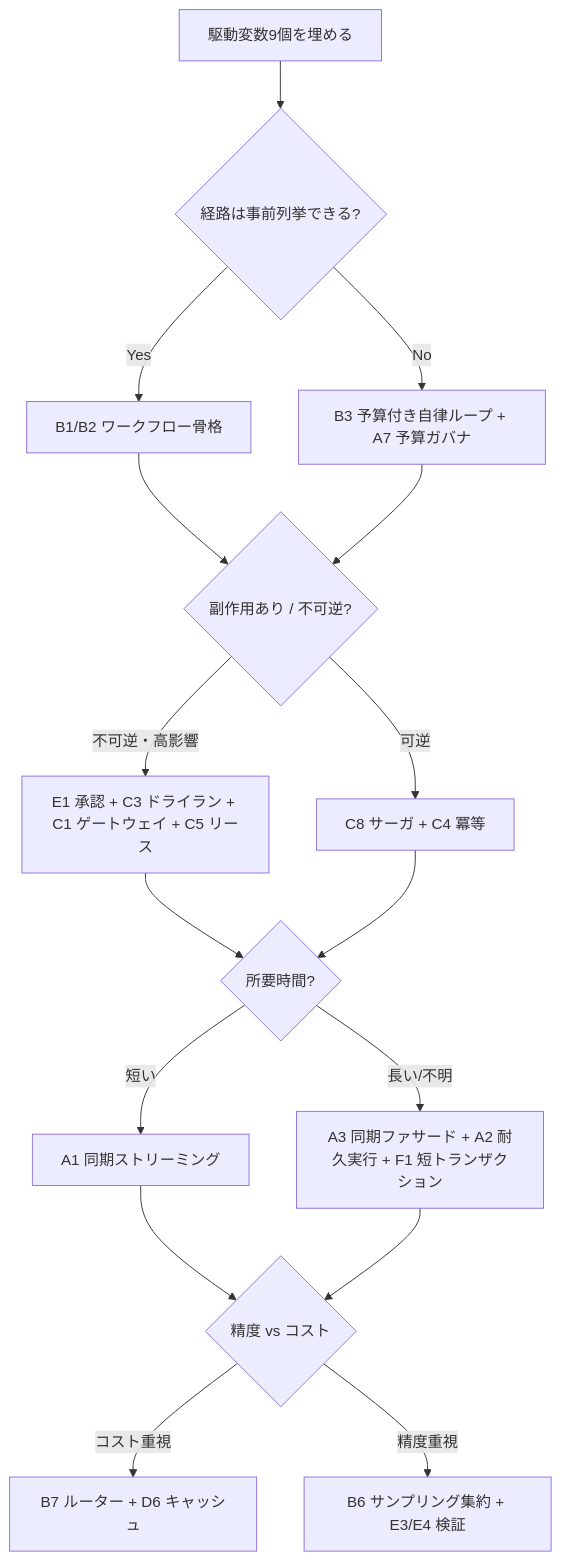
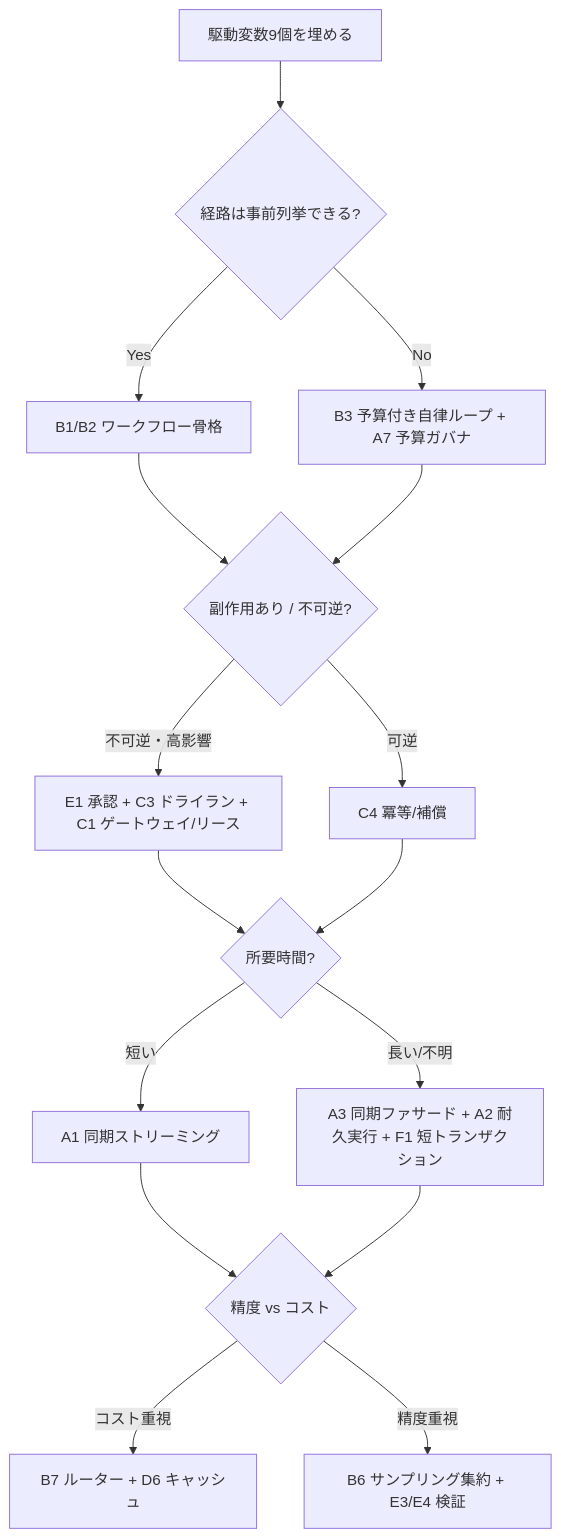
The diagram in docs/decision/decision-flow.md (shibuiwilliam/agent-reference-architectures), drawn with Mermaid before and after one commit. The commit also changed other lines of this file and 41 other files, not shown here.

````diff
--- a/docs/decision/decision-flow.md
+++ b/docs/decision/decision-flow.md
@@ -5,18 +5,18 @@
 ```mermaid
 flowchart TD
   S0[駆動変数9個を埋める] --> Q1{経路は事前列挙できる?}
   Q1 -- Yes --> WF[B1/B2 ワークフロー骨格]
   Q1 -- No --> AL[B3 予算付き自律ループ + A7 予算ガバナ]
   WF --> Q2{副作用あり / 不可逆?}
   AL --> Q2
-  Q2 -- 不可逆・高影響 --> SAFE[E1 承認 + C3 ドライラン + C1 ゲートウェイ + C5 リース]
-  Q2 -- 可逆 --> COMP[C8 サーガ + C4 冪等]
+  Q2 -- 不可逆・高影響 --> SAFE[E1 承認 + C3 ドライラン + C1 ゲートウェイ/リース]
+  Q2 -- 可逆 --> COMP[C4 冪等/補償]
   SAFE --> Q3{所要時間?}
   COMP --> Q3
   Q3 -- 短い --> SYNC[A1 同期ストリーミング]
   Q3 -- 長い/不明 --> ASYNC[A3 同期ファサード + A2 耐久実行 + F1 短トランザクション]
   SYNC --> Q4{精度 vs コスト}
   ASYNC --> Q4
   Q4 -- コスト重視 --> CHEAP[B7 ルーター + D6 キャッシュ]
   Q4 -- 精度重視 --> ACC[B6 サンプリング集約 + E3/E4 検証]
 ```
````
